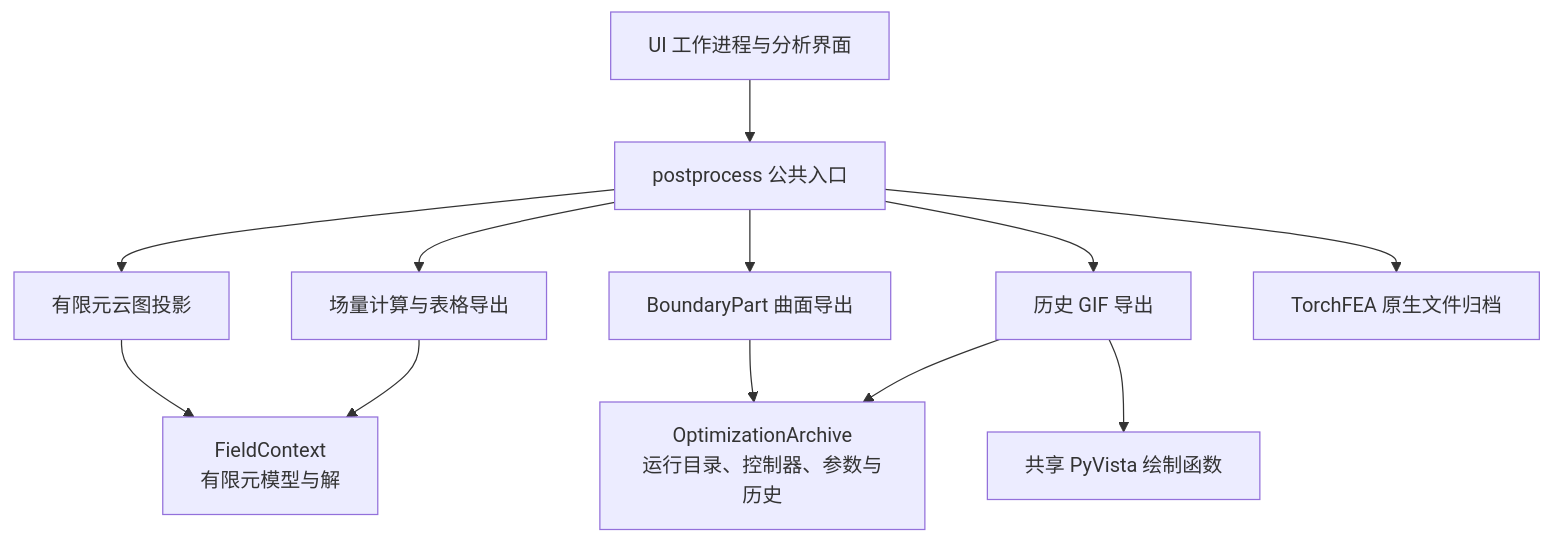
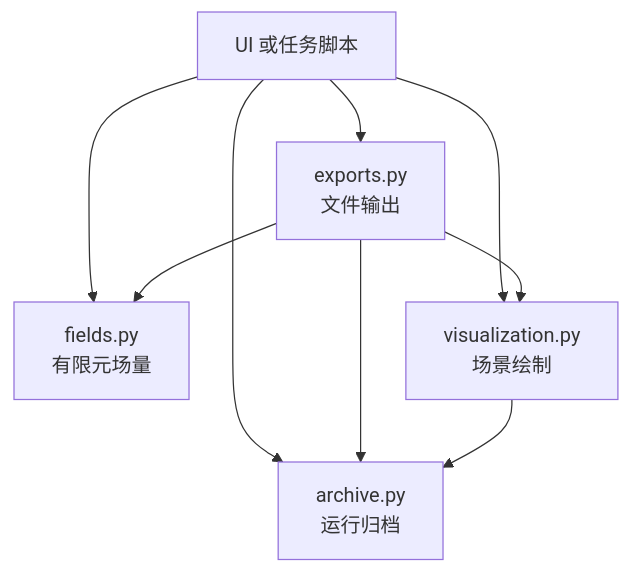
Before and after one commit to sssnnn7119/morphopt: the diagram in docs/codestructure/results.md, drawn with Mermaid. The commit also changed other lines of this file and 113 other files, not shown here.

````diff
--- a/docs/codestructure/results.md
+++ b/docs/codestructure/results.md
@@ -55,14 +51,11 @@
 ```mermaid
 flowchart TB
-    UI["UI 工作进程与分析界面"] --> API["postprocess 公共入口"]
-    API --> FIELDS["场量计算与表格导出"]
-    API --> CONTOURS["有限元云图投影"]
-    API --> GIF["历史 GIF 导出"]
-    API --> SURFACE["BoundaryPart 曲面导出"]
-    API --> NATIVE["TorchFEA 原生文件归档"]
-    GIF --> ARCHIVE["OptimizationArchive<br/>运行目录、控制器、参数与历史"]
-    SURFACE --> ARCHIVE
-    GIF --> RENDER["共享 PyVista 绘制函数"]
-    FIELDS --> CONTEXT["FieldContext<br/>有限元模型与解"]
-    CONTOURS --> CONTEXT
+    UI["UI 或任务脚本"] --> EXPORTS["exports.py<br/>文件输出"]
+    UI --> ARCHIVE["archive.py<br/>运行归档"]
+    UI --> FIELDS["fields.py<br/>有限元场量"]
+    UI --> VIEW["visualization.py<br/>场景绘制"]
+    EXPORTS --> ARCHIVE
+    EXPORTS --> FIELDS
+    EXPORTS --> VIEW
+    VIEW --> ARCHIVE
 ```
````
